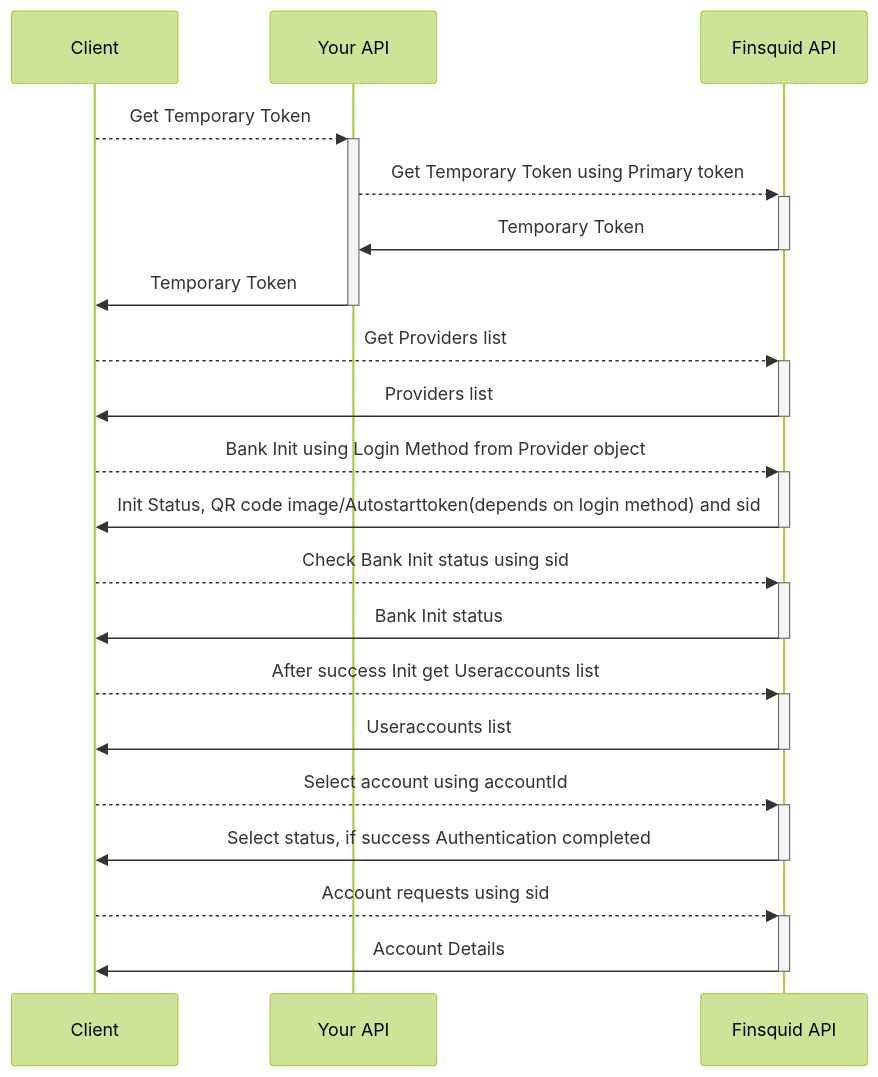
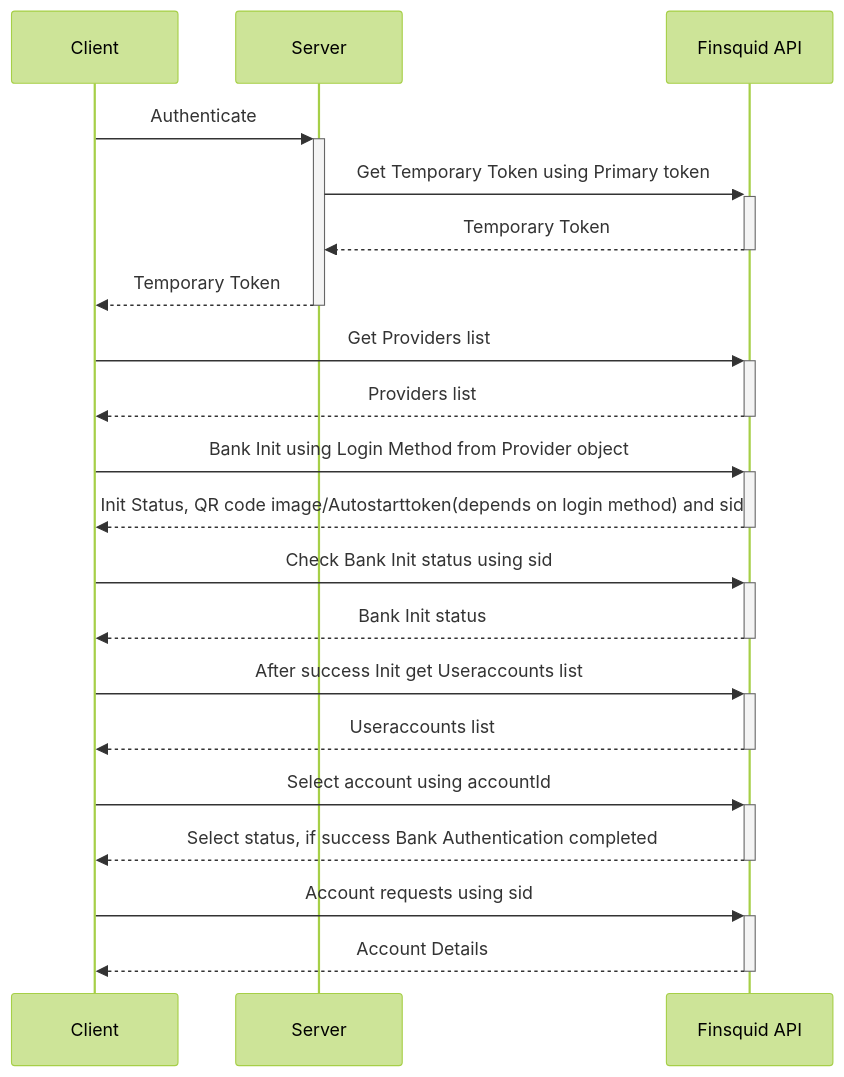
Before and after one commit to finfollow/finsquid-auth-sdk: the second of 2 diagrams in docs/getting-started.md, drawn with Mermaid (forest theme). The commit also changed other lines of this file and 5 other files, not shown here.

Commit message:
8693rezwe - docs diagrams and links updated

````diff
--- a/docs/getting-started.md
+++ b/docs/getting-started.md
@@ -66,19 +66,19 @@
 ```mermaid
 sequenceDiagram;
-    Client-->>+Your API: Get Temporary Token;
-    Your API-->>+Finsquid API: Get Temporary Token using Primary token;
-    Finsquid API->>-Your API: Temporary Token;
-    Your API->>-Client: Temporary Token;
-    Client-->>+Finsquid API: Get Providers list;
-    Finsquid API->>-Client: Providers list;
-    Client-->>+Finsquid API: Bank Init using Login Method from Provider object;
-    Finsquid API->>-Client: Init Status, QR code image/Autostarttoken(depends on login method) and sid;
-    Client-->>+Finsquid API: Check Bank Init status using sid;
-    Finsquid API->>-Client: Bank Init status;
-    Client-->>+Finsquid API: After success Init get Useraccounts list;
-    Finsquid API->>-Client: Useraccounts list;
-    Client-->>+Finsquid API: Select account using accountId;
-    Finsquid API->>-Client: Select status, if success Authentication completed;
-    Client-->>+Finsquid API: Account requests using sid;
-    Finsquid API->>-Client: Account Details;
+    Client->>+Server: Authenticate;
+    Server->>+Finsquid API: Get Temporary Token using Primary token;
+    Finsquid API-->>-Server: Temporary Token;
+    Server-->>-Client: Temporary Token;
+    Client->>+Finsquid API: Get Providers list;
+    Finsquid API-->>-Client: Providers list;
+    Client->>+Finsquid API: Bank Init using Login Method from Provider object;
+    Finsquid API-->>-Client: Init Status, QR code image/Autostarttoken(depends on login method) and sid;
+    Client->>+Finsquid API: Check Bank Init status using sid;
+    Finsquid API-->>-Client: Bank Init status;
+    Client->>+Finsquid API: After success Init get Useraccounts list;
+    Finsquid API-->>-Client: Useraccounts list;
+    Client->>+Finsquid API: Select account using accountId;
+    Finsquid API-->>-Client: Select status, if success Bank Authentication completed;
+    Client->>+Finsquid API: Account requests using sid;
+    Finsquid API-->>-Client: Account Details;
 ```
````
